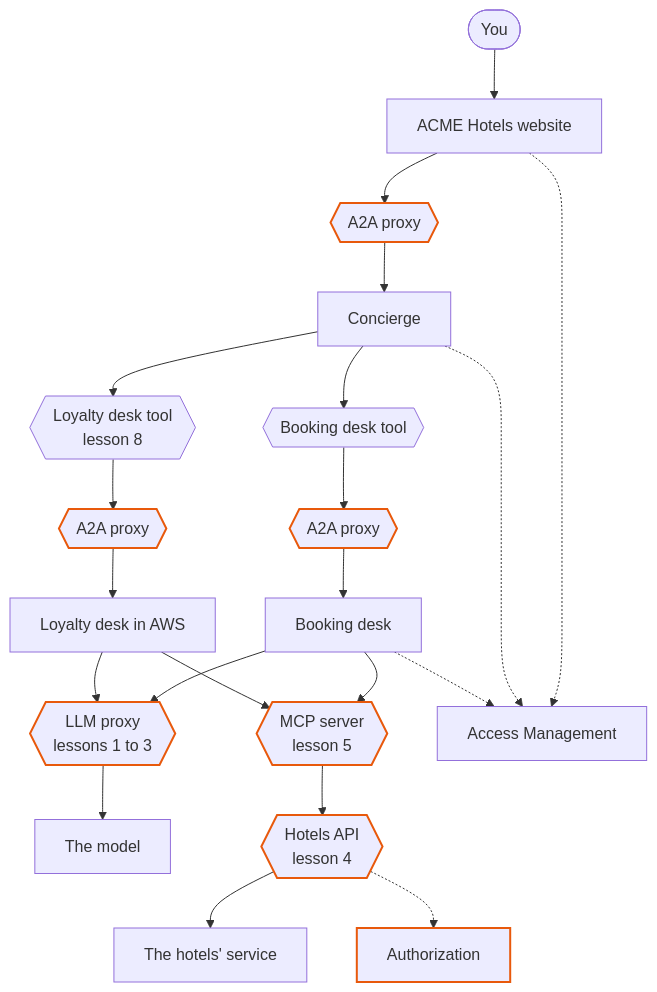
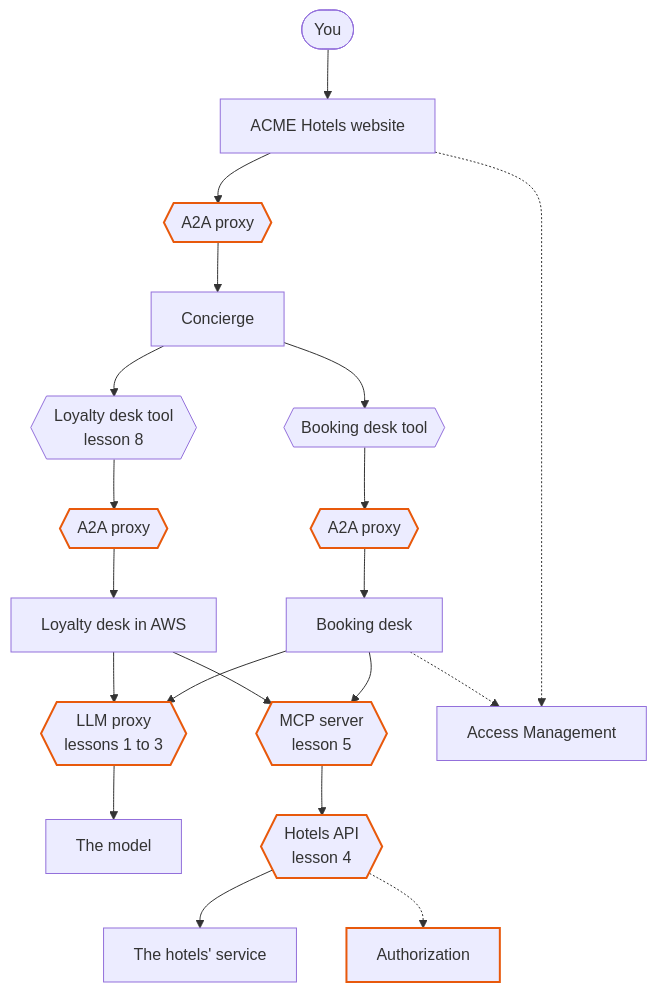
One commit to ricardomartins-gravitee/ricardo-public-demos changed the first of 2 diagrams in playgrounds/acme-hotels/guide.md. Above: the diagram before and after it, drawn with Mermaid. The commit also changed other lines of this file and 15 other files, not shown here.

````diff
--- a/playgrounds/acme-hotels/guide.md
+++ b/playgrounds/acme-hotels/guide.md
@@ -7,17 +7,16 @@
 ```mermaid
 flowchart TB
   you([You]) --> web[ACME Hotels website]
   web --> a2a{{A2A proxy}} --> agent[Concierge]
   agent --> desk{{Booking desk tool}} --> a2b{{A2A proxy}} --> book[Booking desk]
   agent --> loyal{{"Loyalty desk tool<br/>lesson 8"}} --> a2c{{A2A proxy}} --> aws[Loyalty desk in AWS]
   book --> llm{{"LLM proxy<br/>lessons 1 to 3"}} --> model[The model]
   book --> mcp{{"MCP server<br/>lesson 5"}} --> rest{{"Hotels API<br/>lesson 4"}} --> hotels["The hotels' service"]
   aws --> llm
   aws --> mcp
   web -.-> am[Access Management]
-  agent -.-> am
   book -.-> am
   rest -.-> authz[Authorization]
   classDef gw stroke:#e8590c,stroke-width:2px
   class a2a,a2b,a2c,llm,mcp,rest,authz gw
 ```
````
